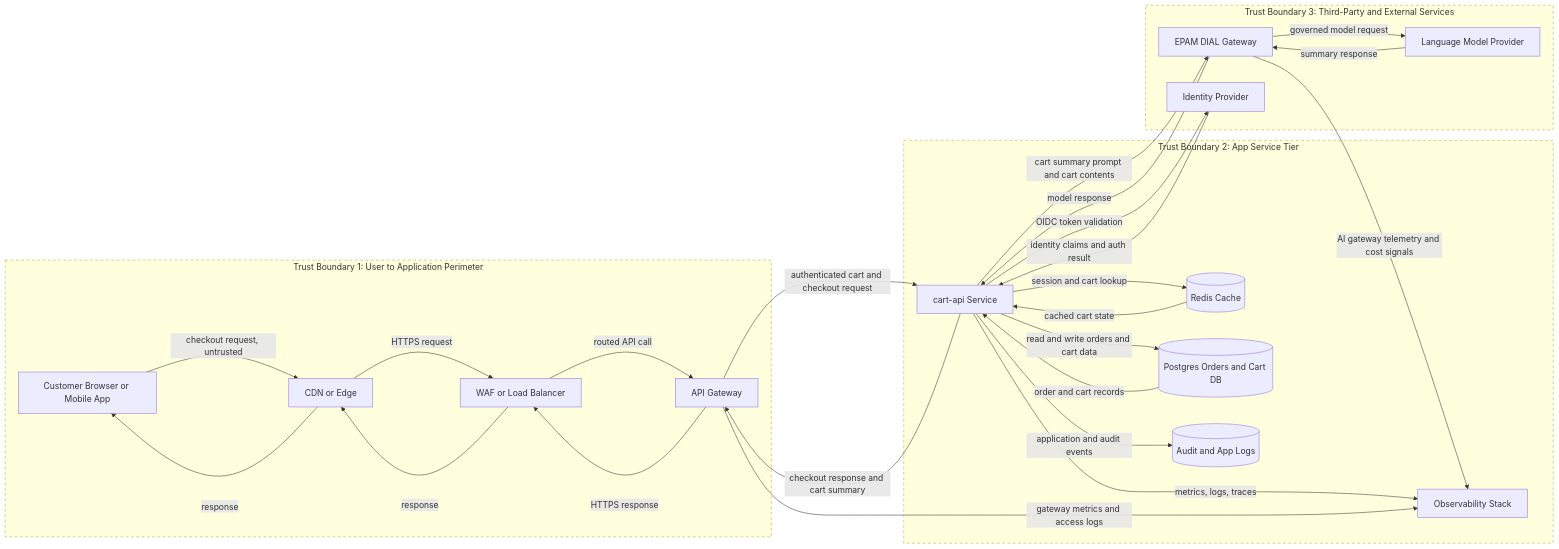
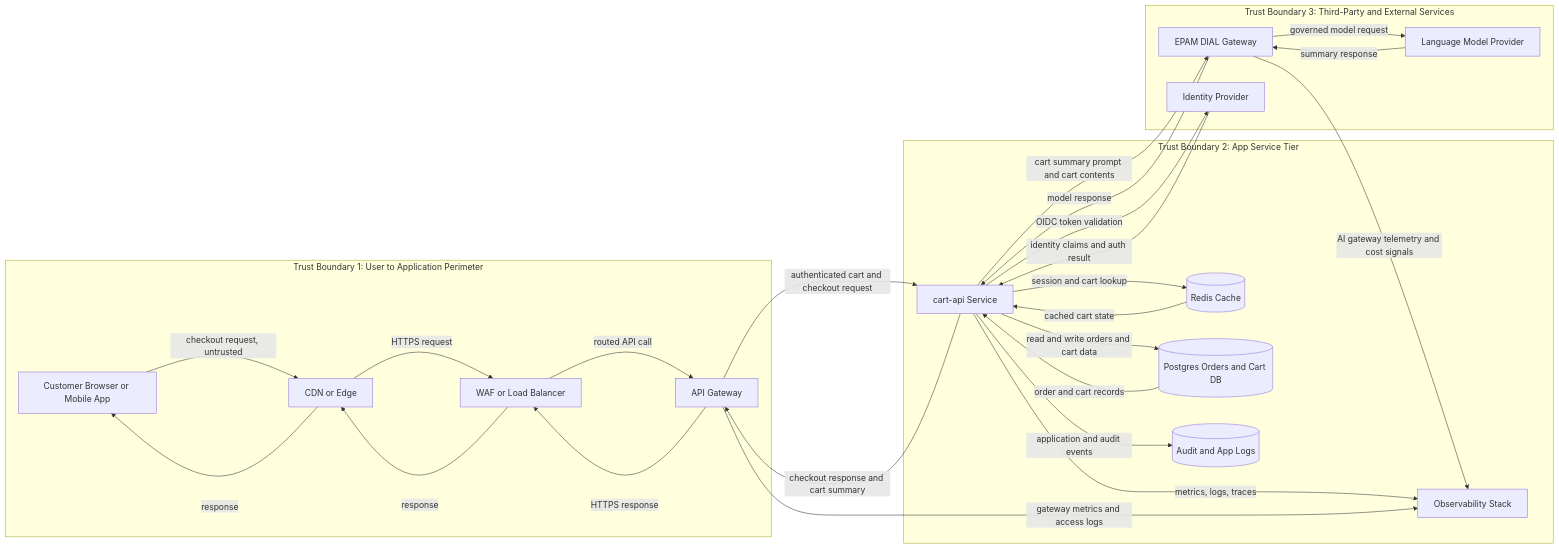
The diagram in artefacts/900-wide/00-dfd.mmd (AlexeyBushnev/AI-Run-Mission-2026), drawn with Mermaid before and after one commit.

````diff
--- a/artefacts/900-wide/00-dfd.mmd
+++ b/artefacts/900-wide/00-dfd.mmd
@@ -1,69 +1,63 @@
-```mermaid
 flowchart LR
     U[Customer Browser or Mobile App]
     CDN[CDN or Edge]
     WAF[WAF or Load Balancer]
     APIGW[API Gateway]
     CART[cart-api Service]
     REDIS[(Redis Cache)]
     PG[(Postgres Orders and Cart DB)]
     DIAL[EPAM DIAL Gateway]
     LLM[Language Model Provider]
     IDP[Identity Provider]
     LOGS[(Audit and App Logs)]
     OBS[Observability Stack]
 
     subgraph TB1["Trust Boundary 1: User to Application Perimeter"]
         U
         CDN
         WAF
         APIGW
     end
 
     subgraph TB2["Trust Boundary 2: App Service Tier"]
         CART
         REDIS
         PG
         LOGS
         OBS
     end
 
     subgraph TB3["Trust Boundary 3: Third-Party and External Services"]
         DIAL
         LLM
         IDP
     end
 
-    style TB1 stroke-dasharray: 5,5
-    style TB2 stroke-dasharray: 5,5
-    style TB3 stroke-dasharray: 5,5
-
     U -->|checkout request, untrusted| CDN
     CDN -->|HTTPS request| WAF
     WAF -->|routed API call| APIGW
     APIGW -->|authenticated cart and checkout request| CART
 
     CART -->|session and cart lookup| REDIS
     REDIS -->|cached cart state| CART
 
     CART -->|read and write orders and cart data| PG
     PG -->|order and cart records| CART
 
     CART -->|OIDC token validation| IDP
     IDP -->|identity claims and auth result| CART
 
     CART -->|cart summary prompt and cart contents| DIAL
     DIAL -->|governed model request| LLM
     LLM -->|summary response| DIAL
     DIAL -->|model response| CART
 
     CART -->|application and audit events| LOGS
     CART -->|metrics, logs, traces| OBS
     APIGW -->|gateway metrics and access logs| OBS
     DIAL -->|AI gateway telemetry and cost signals| OBS
 
     CART -->|checkout response and cart summary| APIGW
     APIGW -->|HTTPS response| WAF
     WAF -->|response| CDN
     CDN -->|response| U
-```
````
